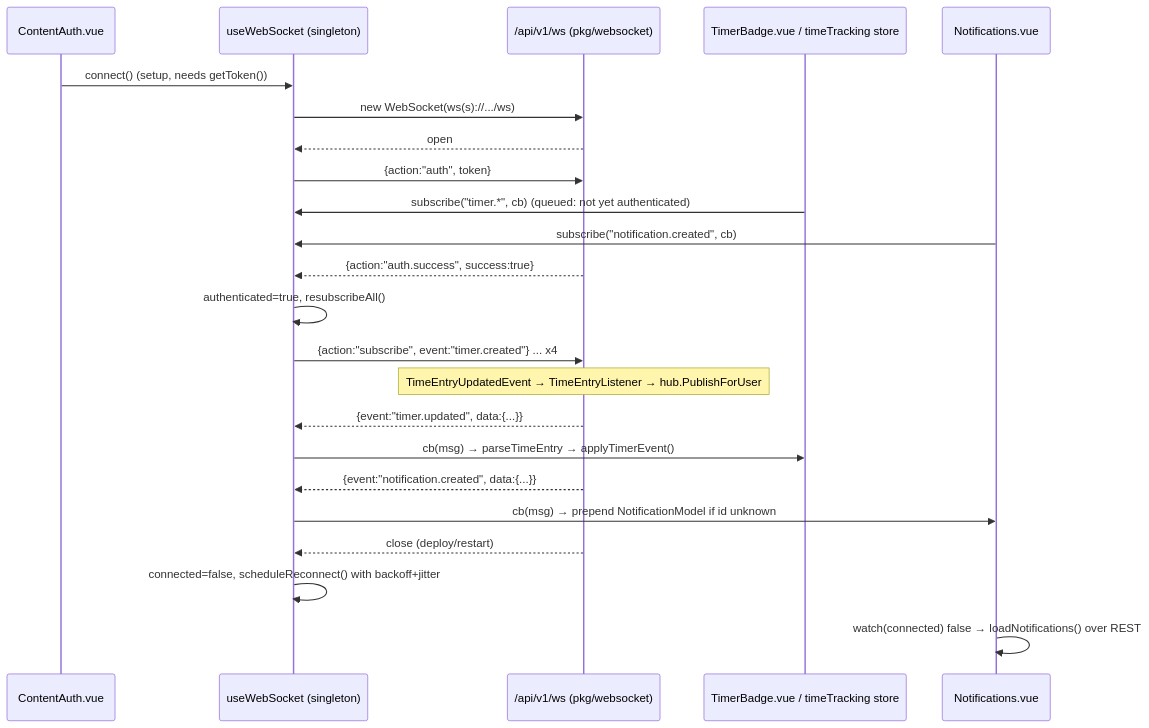
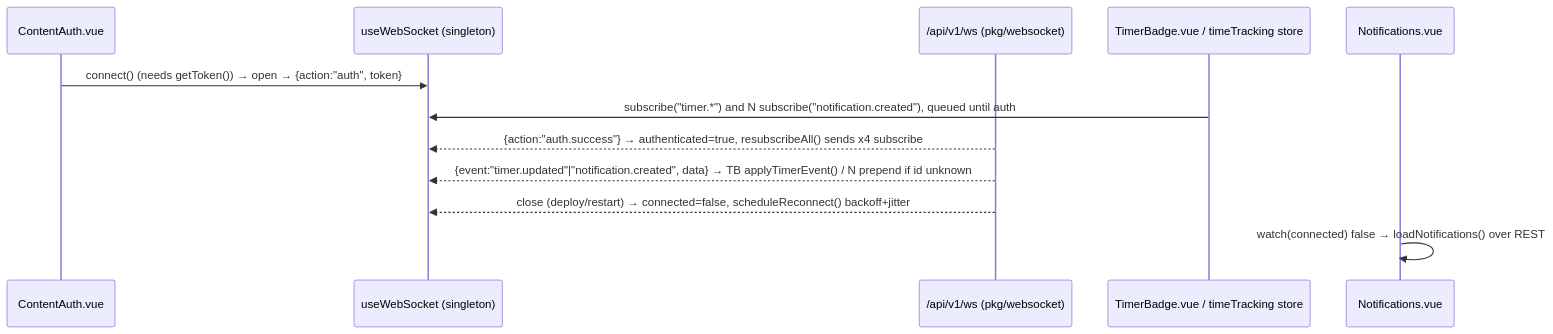
One commit to talbama/vikunja-port changed the diagram in .agents/wiki/components/frontend/realtime-and-pwa.md. Above: the diagram before and after it, drawn with Mermaid. The commit also changed other lines of this file and 57 other files, not shown here.

````diff
--- a/.agents/wiki/components/frontend/realtime-and-pwa.md
+++ b/.agents/wiki/components/frontend/realtime-and-pwa.md
@@ -42,25 +42,14 @@
 ```mermaid
 sequenceDiagram
     participant CA as ContentAuth.vue
     participant WS as useWebSocket (singleton)
     participant S as /api/v1/ws (pkg/websocket)
     participant TB as TimerBadge.vue / timeTracking store
     participant N as Notifications.vue
-    CA->>WS: connect()  (setup, needs getToken())
-    WS->>S: new WebSocket(ws(s)://.../ws)
-    S-->>WS: open
-    WS->>S: {action:"auth", token}
-    TB->>WS: subscribe("timer.*", cb)  (queued: not yet authenticated)
-    N->>WS: subscribe("notification.created", cb)
-    S-->>WS: {action:"auth.success", success:true}
-    WS->>WS: authenticated=true, resubscribeAll()
-    WS->>S: {action:"subscribe", event:"timer.created"} ... x4
-    Note over S: TimeEntryUpdatedEvent → TimeEntryListener → hub.PublishForUser
-    S-->>WS: {event:"timer.updated", data:{...}}
-    WS->>TB: cb(msg) → parseTimeEntry → applyTimerEvent()
-    S-->>WS: {event:"notification.created", data:{...}}
-    WS->>N: cb(msg) → prepend NotificationModel if id unknown
-    S-->>WS: close (deploy/restart)
-    WS->>WS: connected=false, scheduleReconnect() with backoff+jitter
+    CA->>WS: connect() (needs getToken()) → open → {action:"auth", token}
+    TB->>WS: subscribe("timer.*") and N subscribe("notification.created"), queued until auth
+    S-->>WS: {action:"auth.success"} → authenticated=true, resubscribeAll() sends x4 subscribe
+    S-->>WS: {event:"timer.updated"|"notification.created", data} → TB applyTimerEvent() / N prepend if id unknown
+    S-->>WS: close (deploy/restart) → connected=false, scheduleReconnect() backoff+jitter
     N->>N: watch(connected) false → loadNotifications() over REST
 ```
````
